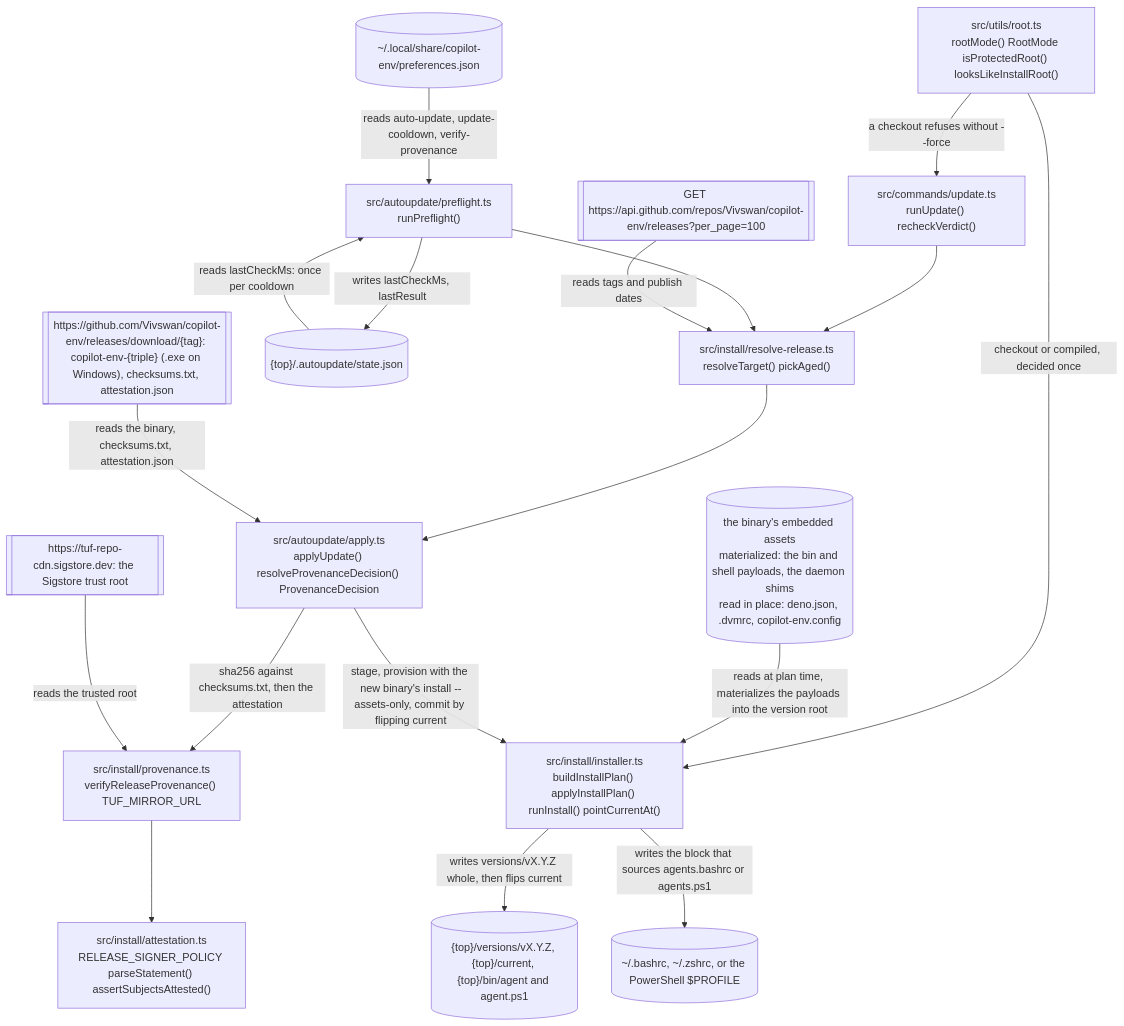
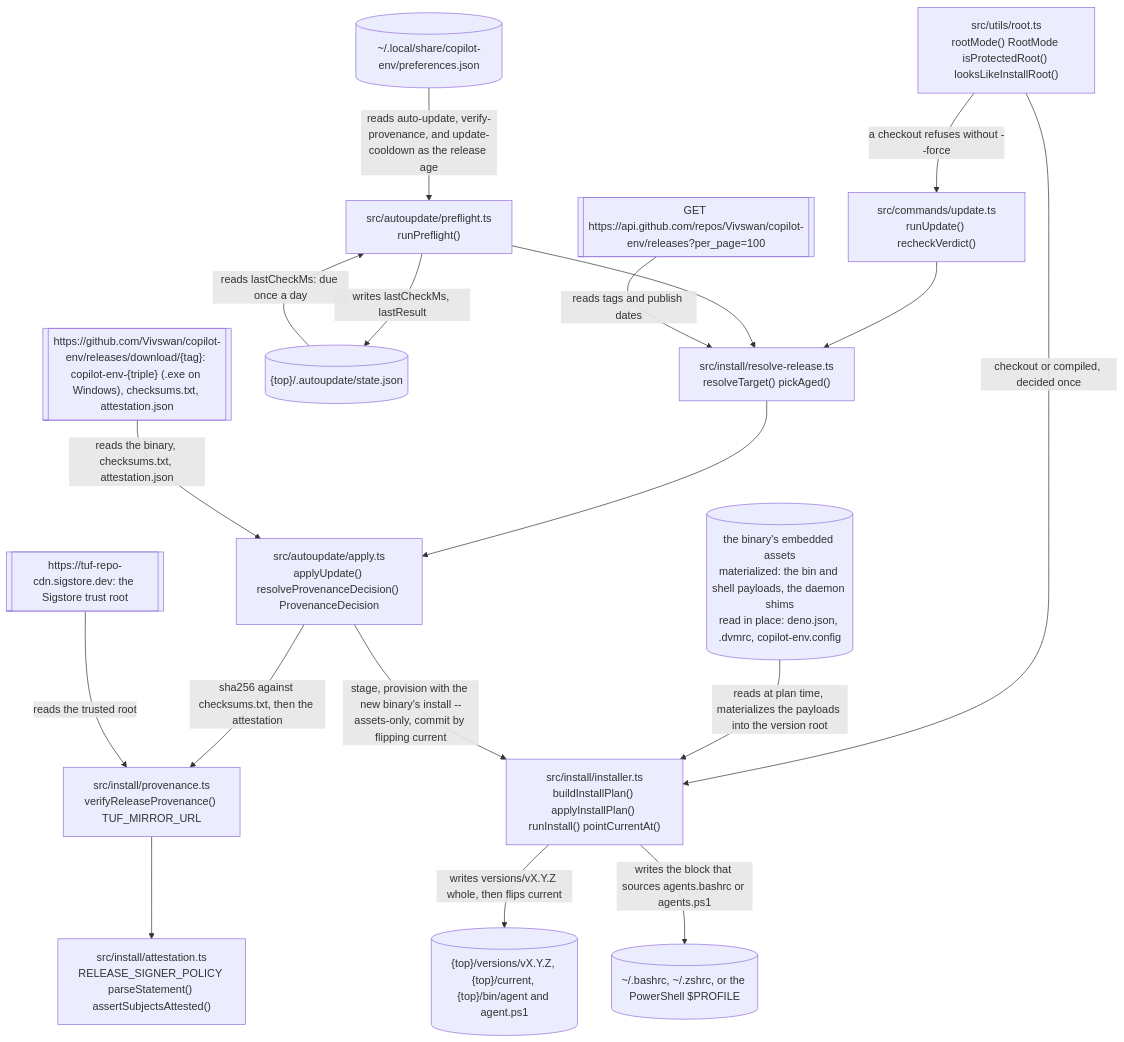
The sixth of 8 diagrams in docs/architecture.md (Vivswan/copilot-env), drawn with Mermaid before and after one commit. The commit also changed other lines of this file, not shown here.

````diff
--- a/docs/architecture.md
+++ b/docs/architecture.md
@@ -178,36 +184,36 @@
 ```mermaid
 flowchart TD
   assets[("the binary's embedded assets<br>materialized: the bin and shell payloads, the daemon shims<br>read in place: deno.json, .dvmrc, copilot-env.config")]
   releases[["GET https://api.github.com/repos/Vivswan/copilot-env/releases?per_page=100"]]
   download[["https://github.com/Vivswan/copilot-env/releases/download/{tag}: copilot-env-{triple} (.exe on Windows), checksums.txt, attestation.json"]]
   tuf[["https://tuf-repo-cdn.sigstore.dev: the Sigstore trust root"]]
   prefs[("~/.local/share/copilot-env/preferences.json")]
   autostate[("{top}/.autoupdate/state.json")]
   root["src/utils/root.ts<br>rootMode() RootMode isProtectedRoot() looksLikeInstallRoot()"]
   install["src/install/installer.ts<br>buildInstallPlan() applyInstallPlan() runInstall() pointCurrentAt()"]
   update["src/commands/update.ts<br>runUpdate() recheckVerdict()"]
   preflight["src/autoupdate/preflight.ts<br>runPreflight()"]
   release["src/install/resolve-release.ts<br>resolveTarget() pickAged()"]
   apply["src/autoupdate/apply.ts<br>applyUpdate() resolveProvenanceDecision() ProvenanceDecision"]
   prov["src/install/provenance.ts<br>verifyReleaseProvenance() TUF_MIRROR_URL"]
   att["src/install/attestation.ts<br>RELEASE_SIGNER_POLICY parseStatement() assertSubjectsAttested()"]
   layout[("{top}/versions/vX.Y.Z, {top}/current, {top}/bin/agent and agent.ps1")]
   rcfile[("~/.bashrc, ~/.zshrc, or the PowerShell $PROFILE")]
   root -->|"checkout or compiled, decided once"| install
   root -->|"a checkout refuses without --force"| update
   assets -->|"reads at plan time, materializes the payloads into the version root"| install
-  prefs -->|"reads auto-update, update-cooldown, verify-provenance"| preflight
-  autostate -->|"reads lastCheckMs: once per cooldown"| preflight
+  prefs -->|"reads auto-update, verify-provenance, and update-cooldown as the release age"| preflight
+  autostate -->|"reads lastCheckMs: due once a day"| preflight
   update --> release
   preflight --> release
   releases -->|"reads tags and publish dates"| release
   release --> apply
   download -->|"reads the binary, checksums.txt, attestation.json"| apply
   apply -->|"sha256 against checksums.txt, then the attestation"| prov
   tuf -->|"reads the trusted root"| prov
   prov --> att
   apply -->|"stage, provision with the new binary's install --assets-only, commit by flipping current"| install
   install -->|"writes versions/vX.Y.Z whole, then flips current"| layout
   install -->|"writes the block that sources agents.bashrc or agents.ps1"| rcfile
   preflight -->|"writes lastCheckMs, lastResult"| autostate
 ```
````
